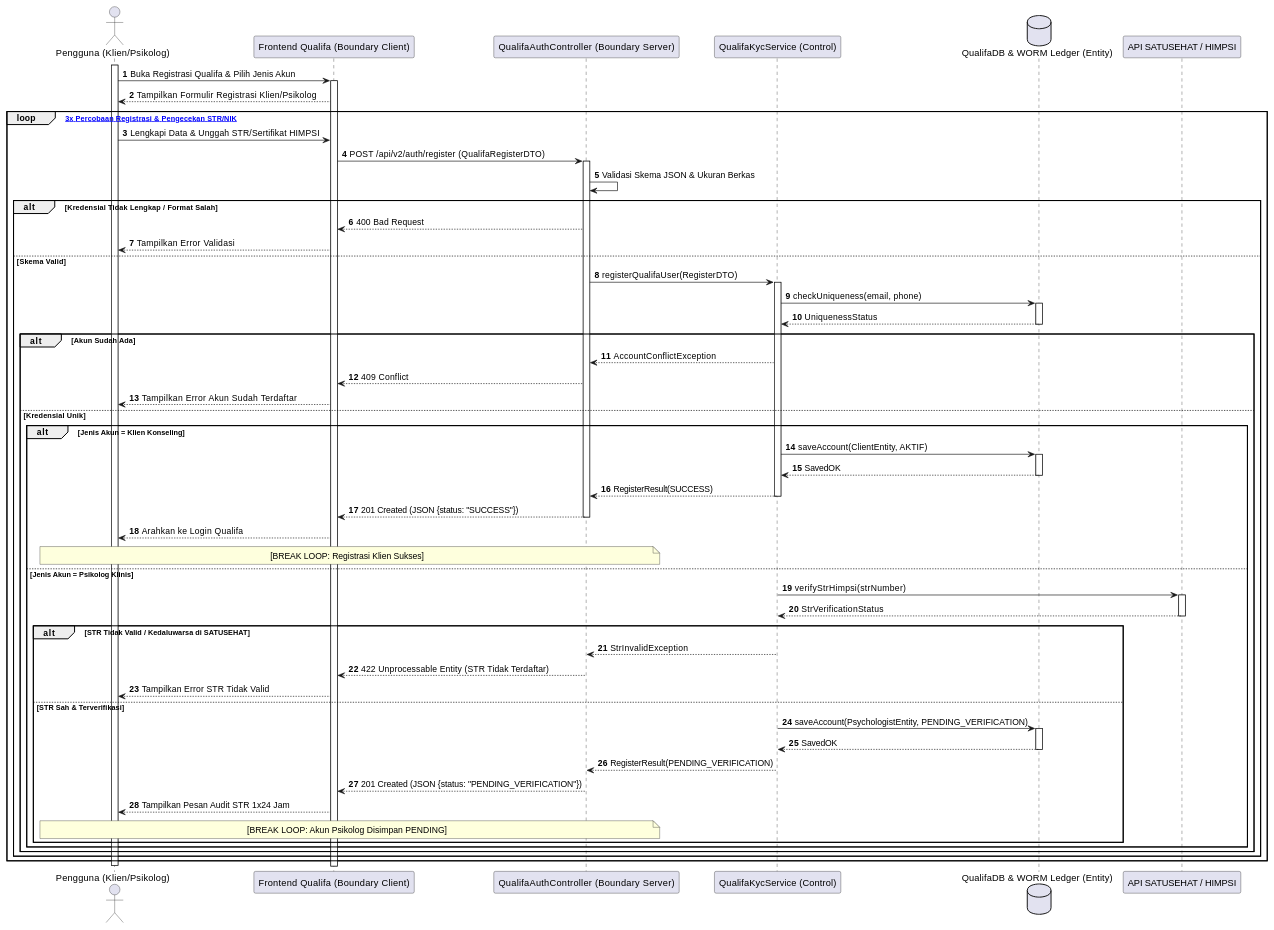
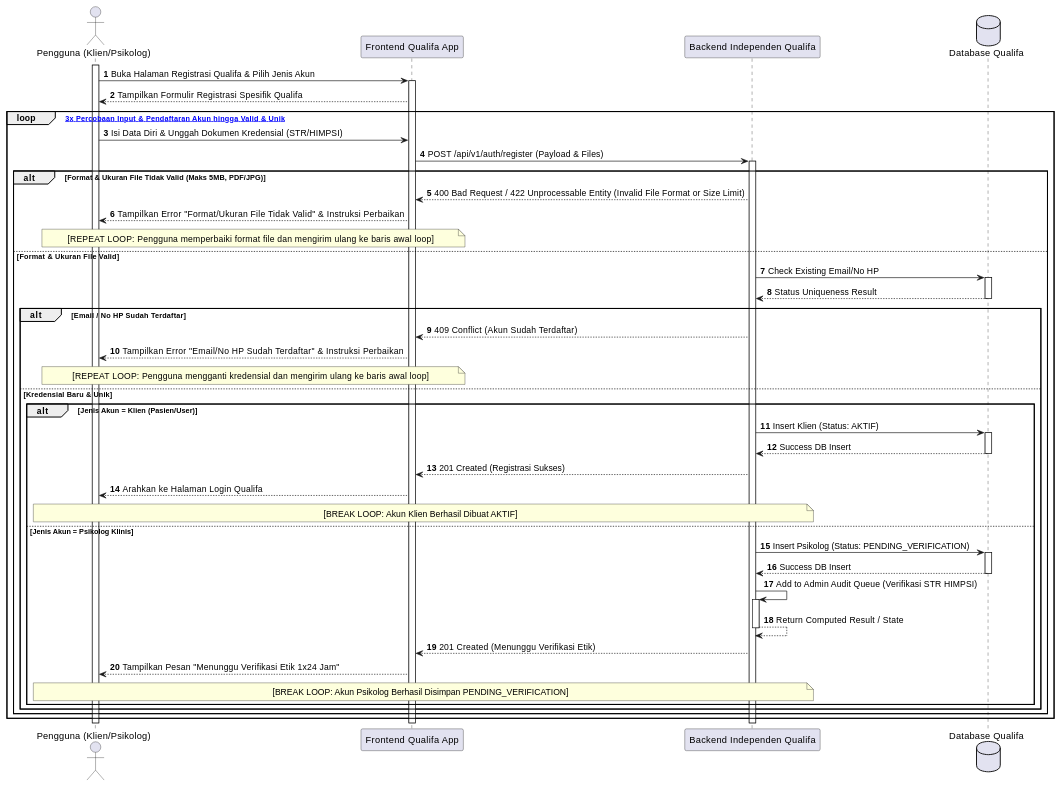
Diagram 17 of 28 in MarkDown/plantuml_sequence_diagrams.md (tupperwureism/SuperApp-Gagal), drawn with PlantUML before and after one commit. The commit also changed other lines of this file and 3 other files, not shown here.

````diff
--- a/MarkDown/plantuml_sequence_diagrams.md
+++ b/MarkDown/plantuml_sequence_diagrams.md
@@ -982,61 +1293,51 @@
 ```plantuml
 @startuml
 autonumber
 actor "Pengguna (Klien/Psikolog)" as User
-participant "Frontend Qualifa (Boundary Client)" as B_FE
-participant "QualifaAuthController (Boundary Server)" as B_BE
-participant "QualifaKycService (Control)" as C_Svc
-database "QualifaDB & WORM Ledger (Entity)" as E_DB
-participant "API SATUSEHAT / HIMPSI" as Ext
+participant "Frontend Qualifa App" as FE
+participant "Backend Independen Qualifa" as BE
+database "Database Qualifa" as DB
 
 activate User
-User -> B_FE ++ : Buka Registrasi Qualifa & Pilih Jenis Akun
-B_FE --> User : Tampilkan Formulir Registrasi Klien/Psikolog
-loop [Maksimal 3x Percobaan Registrasi & Pengecekan STR/NIK]
-    User -> B_FE : Lengkapi Data & Unggah STR/Sertifikat HIMPSI
-    B_FE -> B_BE ++ : POST /api/v2/auth/register (QualifaRegisterDTO)
-    B_BE -> B_BE : Validasi Skema JSON & Ukuran Berkas
+User -> FE ++ : Buka Halaman Registrasi Qualifa & Pilih Jenis Akun
+FE --> User : Tampilkan Formulir Registrasi Spesifik Qualifa
+loop [Maksimal 3x Percobaan Input & Pendaftaran Akun hingga Valid & Unik]
+    User -> FE : Isi Data Diri & Unggah Dokumen Kredensial (STR/HIMPSI)
+    FE -> BE ++ : POST /api/v1/auth/register (Payload & Files)
 
-    alt Kredensial Tidak Lengkap / Format Salah
-        B_BE --> B_FE : 400 Bad Request
-        B_FE --> User : Tampilkan Error Validasi
-    else Skema Valid
-        B_BE -> C_Svc ++ : registerQualifaUser(RegisterDTO)
-        C_Svc -> E_DB ++ : checkUniqueness(email, phone)
-        E_DB --> C_Svc -- : UniquenessStatus
+    alt Format & Ukuran File Tidak Valid (Maks 5MB, PDF/JPG)
+        BE --> FE : 400 Bad Request / 422 Unprocessable Entity (Invalid File Format or Size Limit)
+        FE --> User : Tampilkan Error "Format/Ukuran File Tidak Valid" & Instruksi Perbaikan
+        note over User, FE : [REPEAT LOOP: Pengguna memperbaiki format file dan mengirim ulang ke baris awal loop]
+    else Format & Ukuran File Valid
+        BE -> DB ++ : Check Existing Email/No HP
+        DB --> BE -- : Status Uniqueness Result
 
-        alt Akun Sudah Ada
-            C_Svc --> B_BE : AccountConflictException
-            B_BE --> B_FE : 409 Conflict
-            B_FE --> User : Tampilkan Error Akun Sudah Terdaftar
-        else Kredensial Unik
-            alt Jenis Akun = Klien Konseling
-                C_Svc -> E_DB ++ : saveAccount(ClientEntity, AKTIF)
-                E_DB --> C_Svc -- : SavedOK
-                C_Svc --> B_BE -- : RegisterResult(SUCCESS)
-                B_BE --> B_FE -- : 201 Created (JSON {status: "SUCCESS"})
-                B_FE --> User : Arahkan ke Login Qualifa
-                note over User, B_BE : [BREAK LOOP: Registrasi Klien Sukses]
+        alt Email / No HP Sudah Terdaftar
+            BE --> FE : 409 Conflict (Akun Sudah Terdaftar)
+            FE --> User : Tampilkan Error "Email/No HP Sudah Terdaftar" & Instruksi Perbaikan
+            note over User, FE : [REPEAT LOOP: Pengguna mengganti kredensial dan mengirim ulang ke baris awal loop]
+        else Kredensial Baru & Unik
+            alt Jenis Akun = Klien (Pasien/User)
+                BE -> DB ++ : Insert Klien (Status: AKTIF)
+                DB --> BE -- : Success DB Insert
+                BE --> FE : 201 Created (Registrasi Sukses)
+                FE --> User : Arahkan ke Halaman Login Qualifa
+                note over User, BE : [BREAK LOOP: Akun Klien Berhasil Dibuat AKTIF]
             else Jenis Akun = Psikolog Klinis
-                C_Svc -> Ext ++ : verifyStrHimpsi(strNumber)
-                Ext --> C_Svc -- : StrVerificationStatus
-
-                alt STR Tidak Valid / Kedaluwarsa di SATUSEHAT
-                    C_Svc --> B_BE : StrInvalidException
-                    B_BE --> B_FE : 422 Unprocessable Entity (STR Tidak Terdaftar)
-                    B_FE --> User : Tampilkan Error STR Tidak Valid
-                else STR Sah & Terverifikasi
-                    C_Svc -> E_DB ++ : saveAccount(PsychologistEntity, PENDING_VERIFICATION)
-                    E_DB --> C_Svc -- : SavedOK
-                    C_Svc --> B_BE -- : RegisterResult(PENDING_VERIFICATION)
-                    B_BE --> B_FE -- : 201 Created (JSON {status: "PENDING_VERIFICATION"})
-                    B_FE --> User : Tampilkan Pesan Audit STR 1x24 Jam
-                    note over User, B_BE : [BREAK LOOP: Akun Psikolog Disimpan PENDING]
-                end
+                BE -> DB ++ : Insert Psikolog (Status: PENDING_VERIFICATION)
+                DB --> BE -- : Success DB Insert
+                BE -> BE ++ : Add to Admin Audit Queue (Verifikasi STR HIMPSI)
+                BE --> BE -- : Return Computed Result / State
+                BE --> FE : 201 Created (Menunggu Verifikasi Etik)
+                FE --> User : Tampilkan Pesan "Menunggu Verifikasi Etik 1x24 Jam"
+                note over User, BE : [BREAK LOOP: Akun Psikolog Berhasil Disimpan PENDING_VERIFICATION]
             end
         end
     end
 end
+deactivate BE
+deactivate FE
 deactivate User
 @enduml
 ```
````
